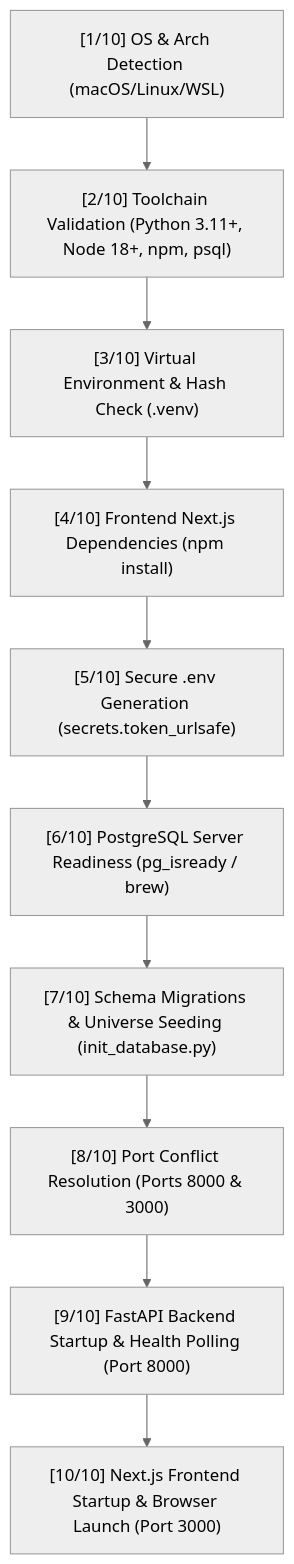
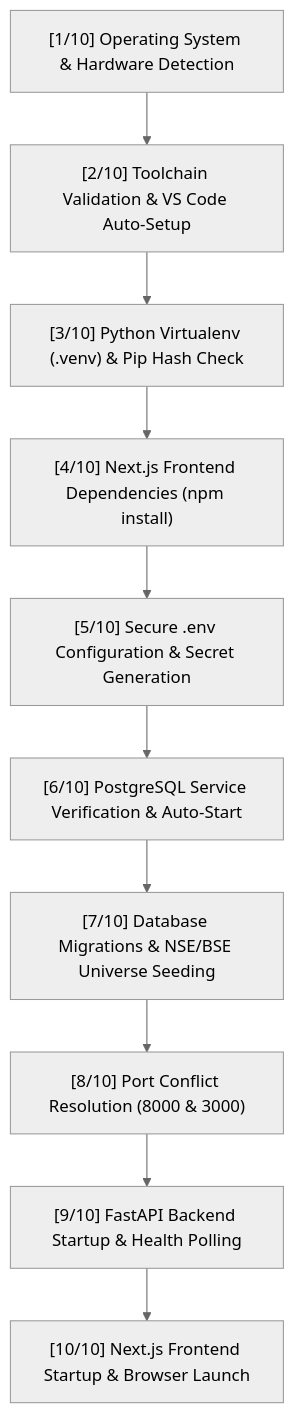
The diagram in SETUP_AND_INSTALLATION.md (imankur0011/Lucid), drawn with Mermaid (neutral theme) before and after one commit. The commit also changed other lines of this file and 26 other files, not shown here.

````diff
--- a/SETUP_AND_INSTALLATION.md
+++ b/SETUP_AND_INSTALLATION.md
@@ -59,12 +79,12 @@
 ```mermaid
 flowchart TD
-    S1["[1/10] OS & Arch Detection (macOS/Linux/WSL)"] --> S2["[2/10] Toolchain Validation (Python 3.11+, Node 18+, npm, psql)"]
-    S2 --> S3["[3/10] Virtual Environment & Hash Check (.venv)"]
-    S3 --> S4["[4/10] Frontend Next.js Dependencies (npm install)"]
-    S4 --> S5["[5/10] Secure .env Generation (secrets.token_urlsafe)"]
-    S5 --> S6["[6/10] PostgreSQL Server Readiness (pg_isready / brew)"]
-    S6 --> S7["[7/10] Schema Migrations & Universe Seeding (init_database.py)"]
-    S7 --> S8["[8/10] Port Conflict Resolution (Ports 8000 & 3000)"]
-    S8 --> S9["[9/10] FastAPI Backend Startup & Health Polling (Port 8000)"]
-    S9 --> S10["[10/10] Next.js Frontend Startup & Browser Launch (Port 3000)"]
+    S1["[1/10] Operating System & Hardware Detection"] --> S2["[2/10] Toolchain Validation & VS Code Auto-Setup"]
+    S2 --> S3["[3/10] Python Virtualenv (.venv) & Pip Hash Check"]
+    S3 --> S4["[4/10] Next.js Frontend Dependencies (npm install)"]
+    S4 --> S5["[5/10] Secure .env Configuration & Secret Generation"]
+    S5 --> S6["[6/10] PostgreSQL Service Verification & Auto-Start"]
+    S6 --> S7["[7/10] Database Migrations & NSE/BSE Universe Seeding"]
+    S7 --> S8["[8/10] Port Conflict Resolution (8000 & 3000)"]
+    S8 --> S9["[9/10] FastAPI Backend Startup & Health Polling"]
+    S9 --> S10["[10/10] Next.js Frontend Startup & Browser Launch"]
 ```
````
